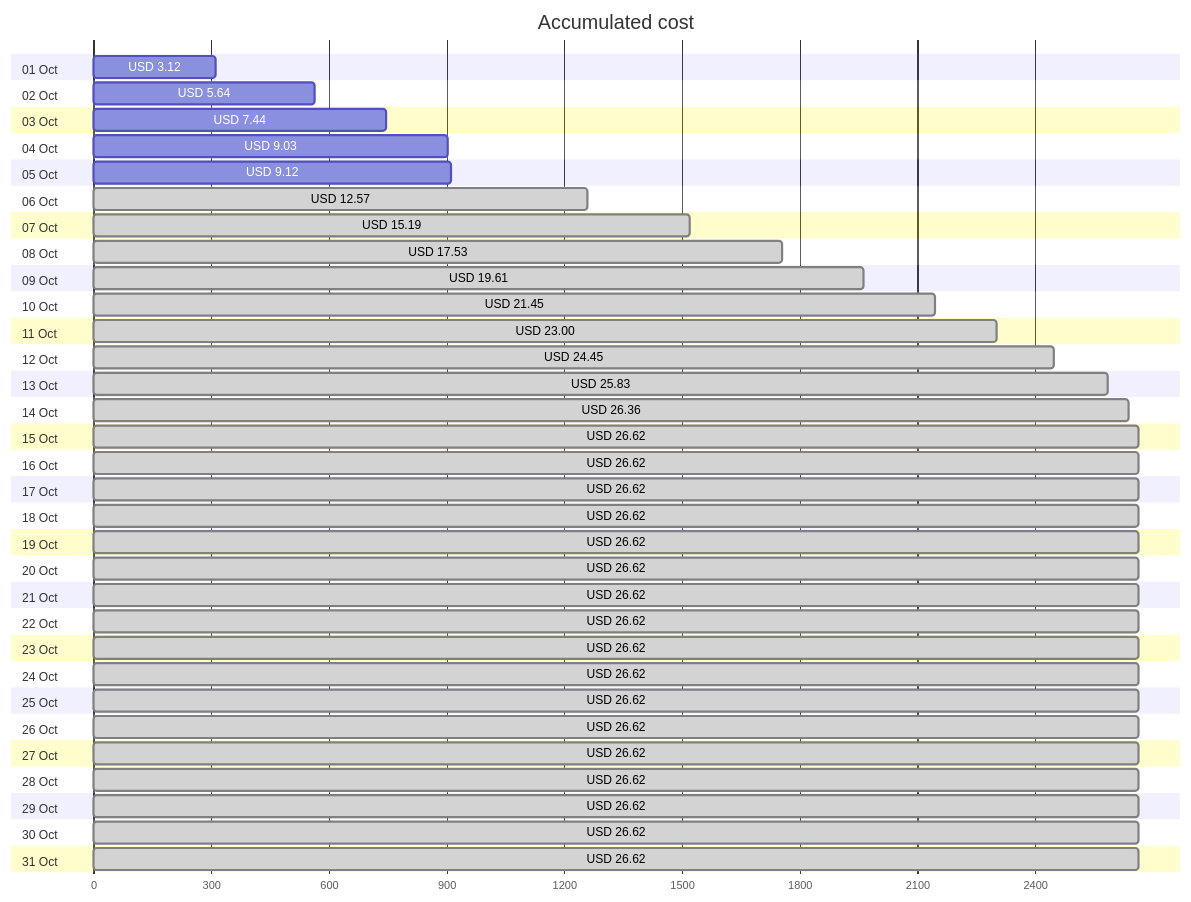
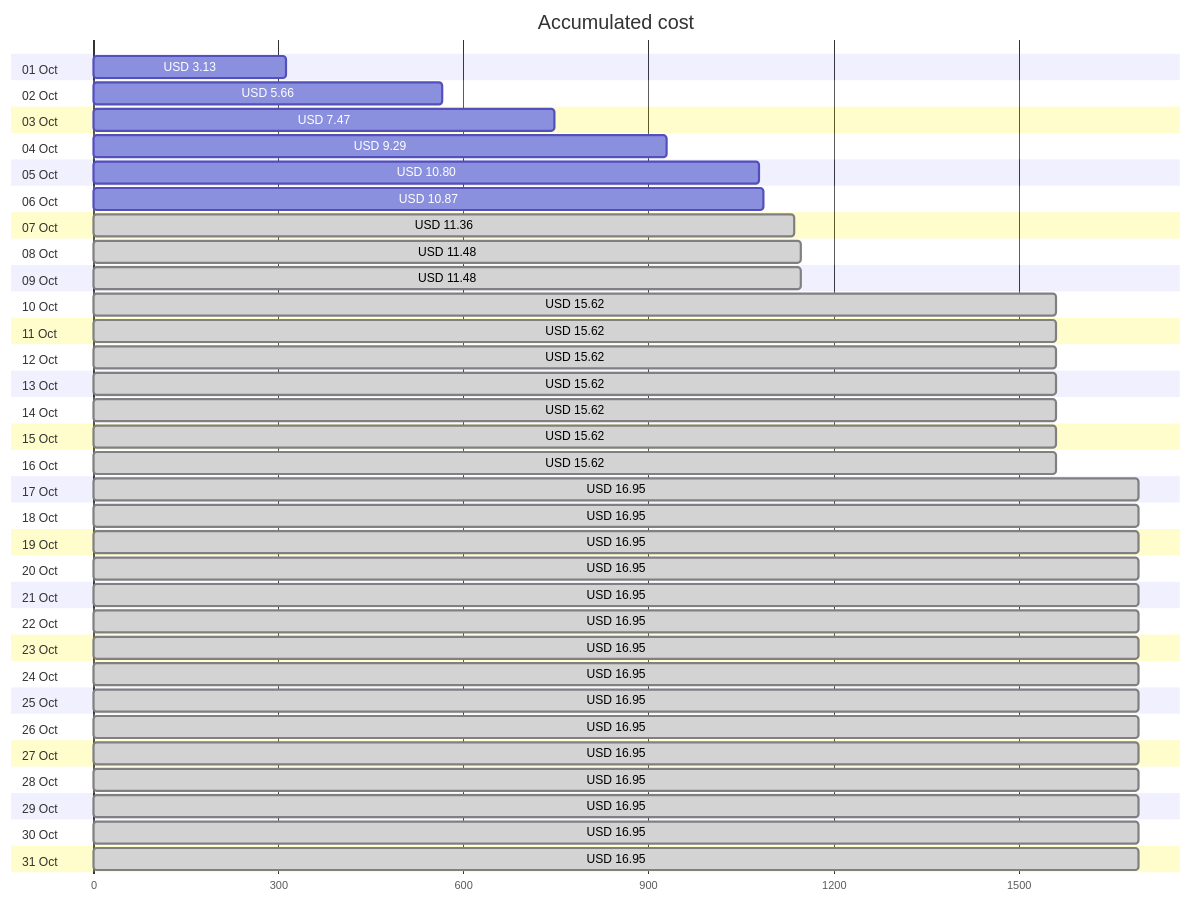
The first of 4 diagrams in cost-reports/personal-network/README.md (jpfulton/azure-personal-reports), drawn with Mermaid before and after one commit. The commit also changed other lines of this file and 8 other files, not shown here.

````diff
--- a/cost-reports/personal-network/README.md
+++ b/cost-reports/personal-network/README.md
@@ -20,68 +20,68 @@
 ```mermaid
 gantt
    title Accumulated cost
    dateFormat  X
    axisFormat %s
    section 01 Oct
-   USD 3.12 :0, 312
+   USD 3.13 :0, 313
    section 02 Oct
-   USD 5.64 :0, 564
+   USD 5.66 :0, 566
    section 03 Oct
-   USD 7.44 :0, 744
+   USD 7.47 :0, 747
    section 04 Oct
-   USD 9.03 :0, 903
+   USD 9.29 :0, 929
    section 05 Oct
-   USD 9.12 :0, 912
+   USD 10.80 :0, 1080
    section 06 Oct
-   USD 12.57 : done, 0, 1257
+   USD 10.87 :0, 1087
    section 07 Oct
-   USD 15.19 : done, 0, 1519
+   USD 11.36 : done, 0, 1136
    section 08 Oct
-   USD 17.53 : done, 0, 1753
+   USD 11.48 : done, 0, 1148
    section 09 Oct
-   USD 19.61 : done, 0, 1961
+   USD 11.48 : done, 0, 1148
    section 10 Oct
-   USD 21.45 : done, 0, 2145
+   USD 15.62 : done, 0, 1562
    section 11 Oct
-   USD 23.00 : done, 0, 2300
+   USD 15.62 : done, 0, 1562
    section 12 Oct
-   USD 24.45 : done, 0, 2445
+   USD 15.62 : done, 0, 1562
    section 13 Oct
-   USD 25.83 : done, 0, 2583
+   USD 15.62 : done, 0, 1562
    section 14 Oct
-   USD 26.36 : done, 0, 2636
+   USD 15.62 : done, 0, 1562
    section 15 Oct
-   USD 26.62 : done, 0, 2662
+   USD 15.62 : done, 0, 1562
    section 16 Oct
-   USD 26.62 : done, 0, 2662
+   USD 15.62 : done, 0, 1562
    section 17 Oct
-   USD 26.62 : done, 0, 2662
+   USD 16.95 : done, 0, 1695
    section 18 Oct
-   USD 26.62 : done, 0, 2662
+   USD 16.95 : done, 0, 1695
    section 19 Oct
-   USD 26.62 : done, 0, 2662
+   USD 16.95 : done, 0, 1695
    section 20 Oct
-   USD 26.62 : done, 0, 2662
+   USD 16.95 : done, 0, 1695
    section 21 Oct
-   USD 26.62 : done, 0, 2662
+   USD 16.95 : done, 0, 1695
    section 22 Oct
-   USD 26.62 : done, 0, 2662
+   USD 16.95 : done, 0, 1695
    section 23 Oct
-   USD 26.62 : done, 0, 2662
+   USD 16.95 : done, 0, 1695
    section 24 Oct
-   USD 26.62 : done, 0, 2662
+   USD 16.95 : done, 0, 1695
    section 25 Oct
-   USD 26.62 : done, 0, 2662
+   USD 16.95 : done, 0, 1695
    section 26 Oct
-   USD 26.62 : done, 0, 2662
+   USD 16.95 : done, 0, 1695
    section 27 Oct
-   USD 26.62 : done, 0, 2662
+   USD 16.95 : done, 0, 1695
    section 28 Oct
-   USD 26.62 : done, 0, 2662
+   USD 16.95 : done, 0, 1695
    section 29 Oct
-   USD 26.62 : done, 0, 2662
+   USD 16.95 : done, 0, 1695
    section 30 Oct
-   USD 26.62 : done, 0, 2662
+   USD 16.95 : done, 0, 1695
    section 31 Oct
-   USD 26.62 : done, 0, 2662
+   USD 16.95 : done, 0, 1695
 ```
````
